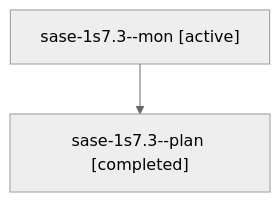
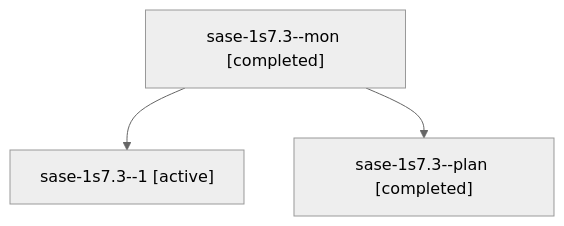
Before and after one commit to sase-org/sase--agents: the diagram in sessions/bbugyi200.athena.sase-1s7.3.md, drawn with Mermaid (neutral theme). The commit also changed other lines of this file and 31 other files, not shown here.

````diff
--- a/sessions/bbugyi200.athena.sase-1s7.3.md
+++ b/sessions/bbugyi200.athena.sase-1s7.3.md
@@ -9,6 +9,8 @@
 ```mermaid
 flowchart TD
-  n0["sase-1s7.3--mon [active]"]
-  n1["sase-1s7.3--plan [completed]"]
+  n0["sase-1s7.3--mon [completed]"]
+  n1["sase-1s7.3--1 [active]"]
   n0 --> n1
+  n2["sase-1s7.3--plan [completed]"]
+  n0 --> n2
 ```
````
